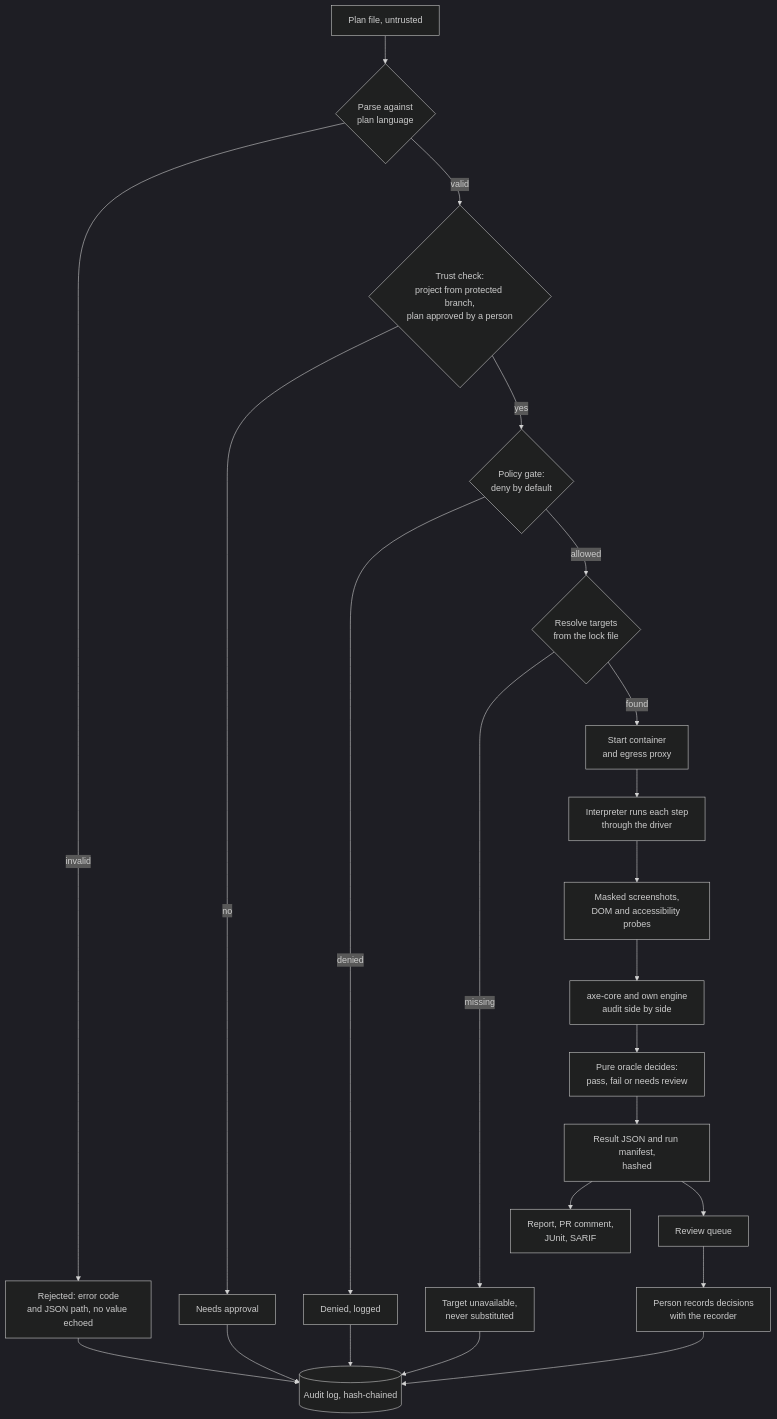
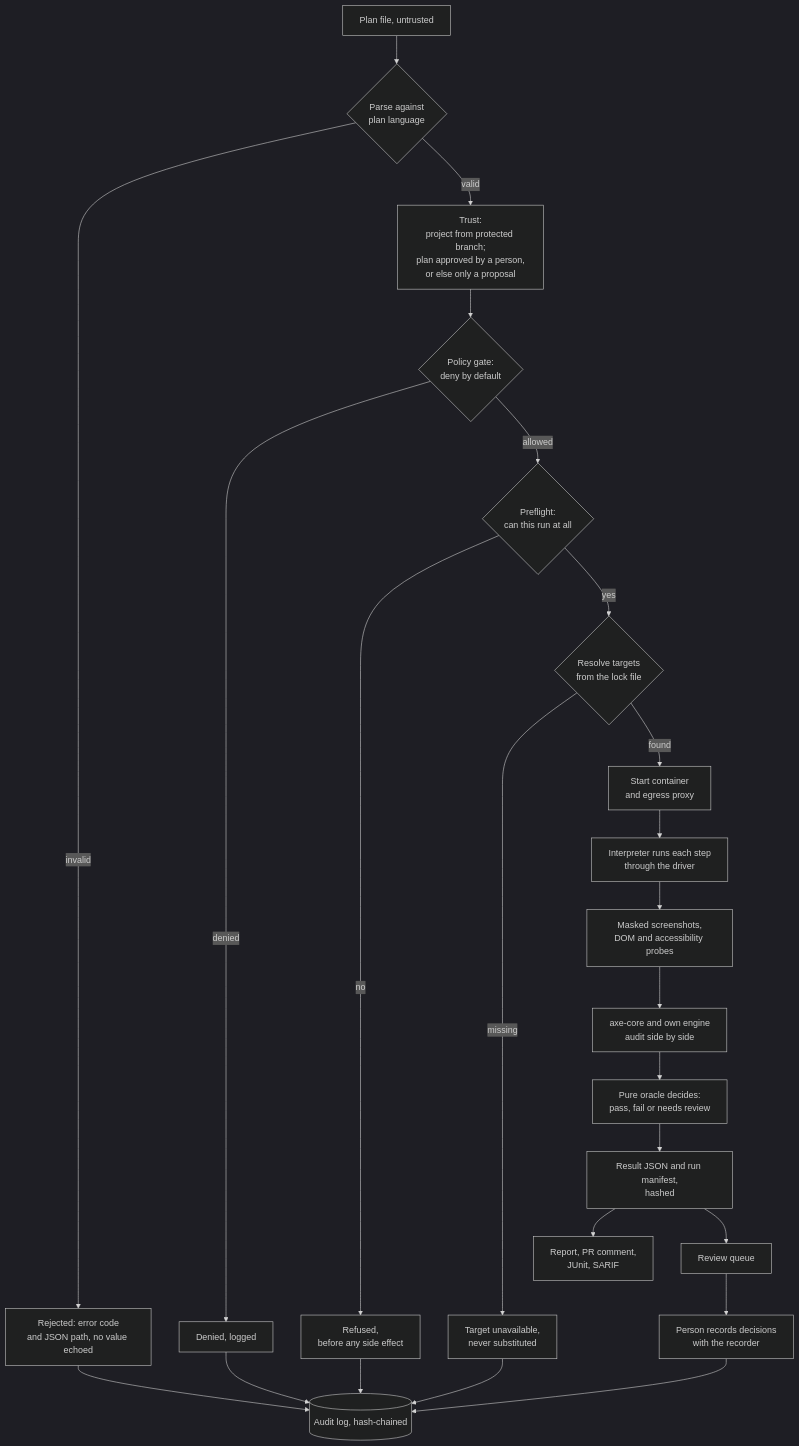
One commit to naovixen/revisum changed the fourth of 5 diagrams in docs/system-design.md. Above: the diagram before and after it, drawn with Mermaid (dark theme). The commit also changed other lines of this file and 2 other files, not shown here.

First line of the commit message:
Document the architecture as built, and record the refactor's decisions

````diff
--- a/docs/system-design.md
+++ b/docs/system-design.md
@@ -132,22 +135,23 @@
 ```mermaid
 flowchart TD
   A[Plan file, untrusted] --> B{Parse against<br/>plan language}
   B -- invalid --> R1[Rejected: error code<br/>and JSON path, no value echoed]
-  B -- valid --> C{Trust check:<br/>project from protected branch,<br/>plan approved by a person}
-  C -- no --> R2[Needs approval]
-  C -- yes --> D{Policy gate:<br/>deny by default}
+  B -- valid --> C[Trust:<br/>project from protected branch;<br/>plan approved by a person,<br/>or else only a proposal]
+  C --> D{Policy gate:<br/>deny by default}
   D -- denied --> R3[Denied, logged]
-  D -- allowed --> E{Resolve targets<br/>from the lock file}
+  D -- allowed --> P2{Preflight:<br/>can this run at all}
+  P2 -- no --> R2[Refused,<br/>before any side effect]
+  P2 -- yes --> E{Resolve targets<br/>from the lock file}
   E -- missing --> R4[Target unavailable,<br/>never substituted]
   E -- found --> F[Start container<br/>and egress proxy]
   F --> G[Interpreter runs each step<br/>through the driver]
   G --> H[Masked screenshots,<br/>DOM and accessibility probes]
   H --> I[axe-core and own engine<br/>audit side by side]
   I --> J[Pure oracle decides:<br/>pass, fail or needs review]
   J --> K[Result JSON and run manifest,<br/>hashed]
   K --> L[Report, PR comment,<br/>JUnit, SARIF]
   K --> M[Review queue]
   M --> N[Person records decisions<br/>with the recorder]
   N --> O[(Audit log, hash-chained)]
   R1 & R2 & R3 & R4 --> O
 ```
````
